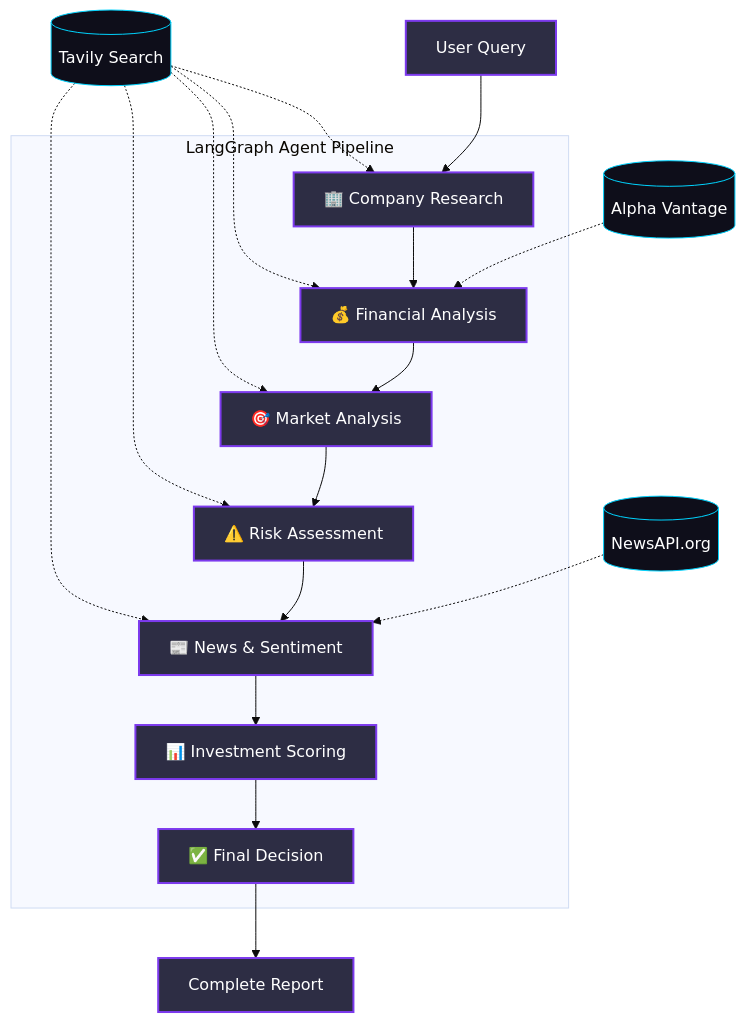
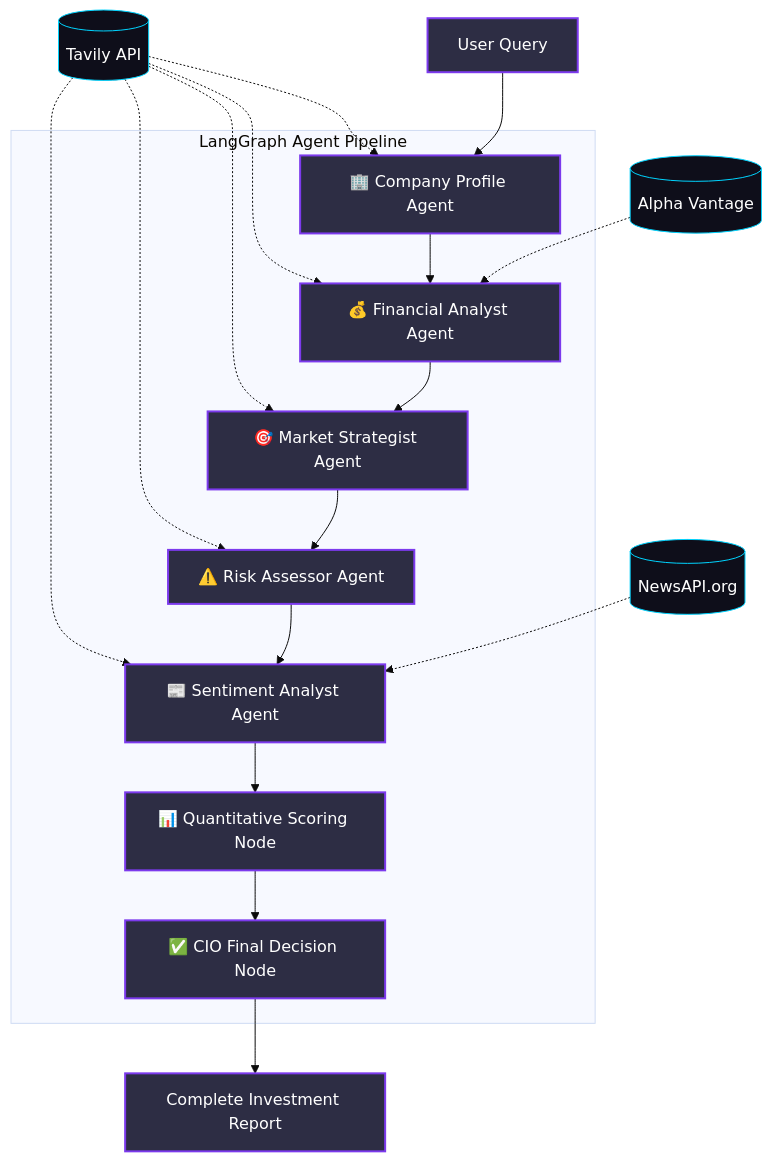
The diagram in README.md (ruthwik-thotapelli/ai-investment-research-agent), drawn with Mermaid (base theme) before and after one commit. The commit also changed other lines of this file, not shown here.

````diff
--- a/README.md
+++ b/README.md
@@ -18,32 +49,32 @@
 ```mermaid
 graph TD
     Start[User Query] --> A
     
     subgraph "LangGraph Agent Pipeline"
-    A[🏢 Company Research] --> B[💰 Financial Analysis]
-    B --> C[🎯 Market Analysis]
-    C --> D[⚠️ Risk Assessment]
-    D --> E[📰 News & Sentiment]
-    E --> F[📊 Investment Scoring]
-    F --> G[✅ Final Decision]
+    A[🏢 Company Profile Agent] --> B[💰 Financial Analyst Agent]
+    B --> C[🎯 Market Strategist Agent]
+    C --> D[⚠️ Risk Assessor Agent]
+    D --> E[📰 Sentiment Analyst Agent]
+    E --> F[📊 Quantitative Scoring Node]
+    F --> G[✅ CIO Final Decision Node]
     end
     
-    G --> End[Complete Report]
+    G --> End[Complete Investment Report]
     
-    %% Data Sources
-    Tavily[(Tavily Search)] -.-> A
+    %% External APIs
+    Tavily[(Tavily API)] -.-> A
     Tavily -.-> B
     Tavily -.-> C
     Tavily -.-> D
     Tavily -.-> E
     
     AlphaVantage[(Alpha Vantage)] -.-> B
     NewsAPI[(NewsAPI.org)] -.-> E
     
     classDef default fill:#1e1e2d,stroke:#333,stroke-width:1px,color:#fff;
     classDef node fill:#2d2d44,stroke:#7c3aed,stroke-width:2px,color:#fff;
     classDef db fill:#0e0e1a,stroke:#00d4ff,stroke-width:1px,color:#fff;
     
     class A,B,C,D,E,F,G node;
     class Tavily,AlphaVantage,NewsAPI db;
 ```
````
